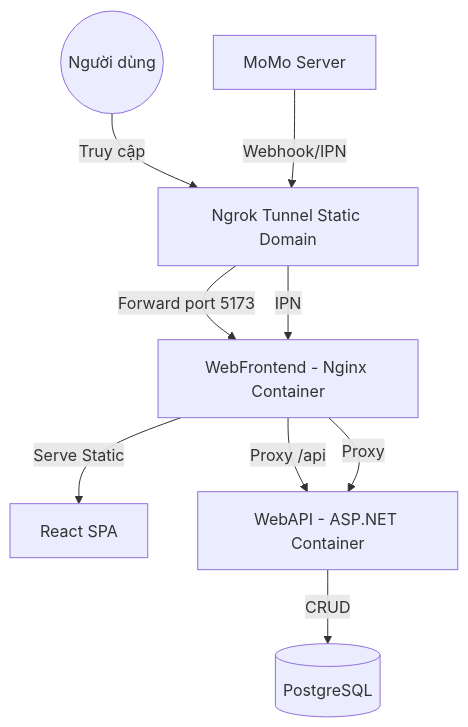
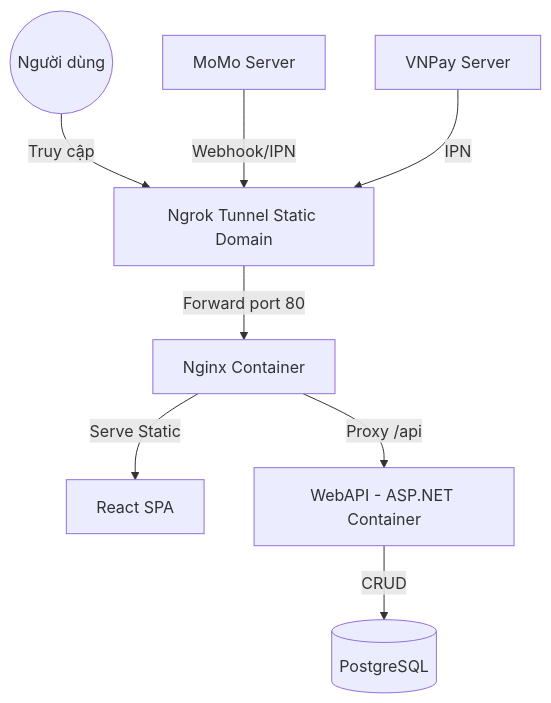
The diagram in README.md (iaht0201/helperhub), drawn with Mermaid before and after one commit. The commit also changed other lines of this file and 8 other files, not shown here.

````diff
--- a/README.md
+++ b/README.md
@@ -33,12 +28,11 @@
 ```mermaid
 graph TD
     User((Người dùng)) -->|Truy cập| Ngrok[Ngrok Tunnel Static Domain]
-    Ngrok -->|Forward port 5173| Frontend[WebFrontend - Nginx Container]
-    Frontend -->|Serve Static| UI[React SPA]
-    Frontend -->|Proxy /api| Backend[WebAPI - ASP.NET Container]
+    Ngrok -->|Forward port 80| Nginx[Nginx Container]
+    Nginx -->|Serve Static| UI[React SPA]
+    Nginx -->|Proxy /api| Backend[WebAPI - ASP.NET Container]
     Backend -->|CRUD| DB[(PostgreSQL)]
     
     MoMo[MoMo Server] -->|Webhook/IPN| Ngrok
-    Ngrok -->|IPN| Frontend
-    Frontend -->|Proxy| Backend
+    VNPay[VNPay Server] -->|IPN| Ngrok
 ```
````
